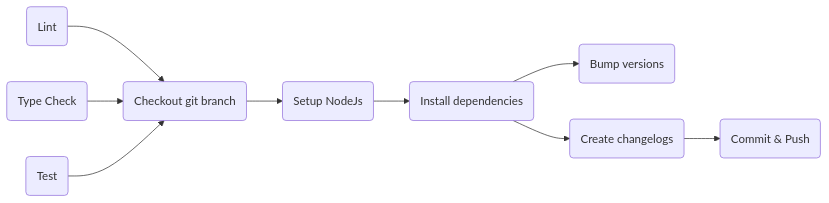
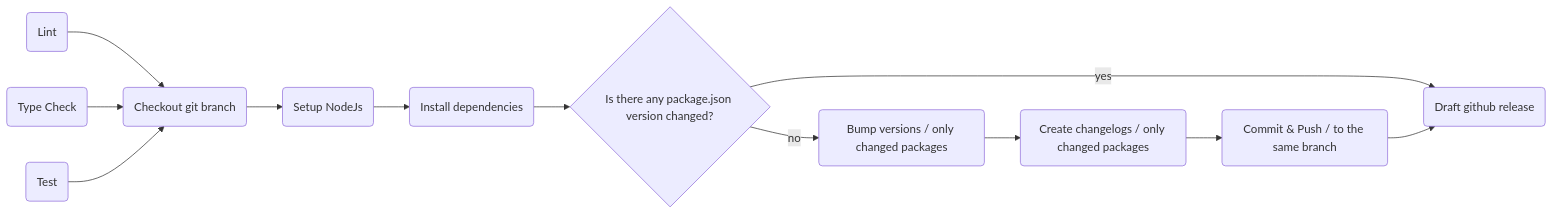
One commit to boonya/ts-monorepo-playground changed the diagram in README.md. Above: the diagram before and after it, drawn with Mermaid. The commit also changed other lines of this file, not shown here.

````diff
--- a/README.md
+++ b/README.md
@@ -7,12 +7,15 @@
 ```mermaid
 flowchart LR
 
 A(Lint) --> D
 B(Type Check) --> D
 C(Test) --> D(Checkout git branch)
 D --> E(Setup NodeJs)
 E --> F(Install dependencies)
-F --> G(Bump versions)
-F --> H(Create changelogs)
-H --> I(Commit & Push)
+F --> G{Is there any package.json version changed?}
+G --> |no|H(Bump versions / only changed packages)
+H --> I(Create changelogs / only changed packages)
+I --> J(Commit & Push / to the same branch)
+G --> |yes|K(Draft github release)
+J --> K
 ```
````
